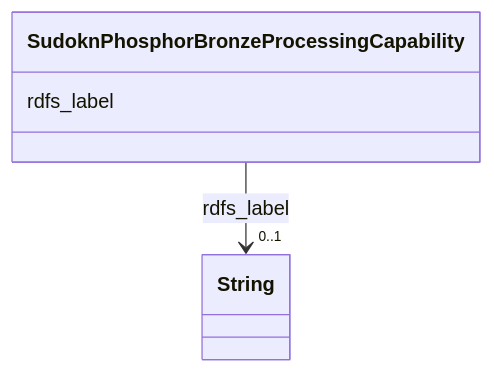
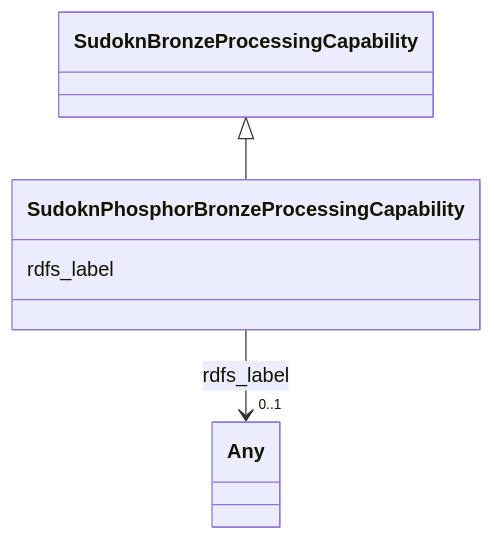
Before and after one commit to frink-okn/graph-descriptions: the diagram in sudokn-kg/classes/SudoknPhosphorBronzeProcessingCapability.md, drawn with Mermaid. The commit also changed other lines of this file and 903 other files, not shown here.

````diff
--- a/sudokn-kg/classes/SudoknPhosphorBronzeProcessingCapability.md
+++ b/sudokn-kg/classes/SudoknPhosphorBronzeProcessingCapability.md
@@ -23,15 +23,18 @@
 ```mermaid
  classDiagram
     class SudoknPhosphorBronzeProcessingCapability
     click SudoknPhosphorBronzeProcessingCapability href "../SudoknPhosphorBronzeProcessingCapability"
+      SudoknBronzeProcessingCapability <|-- SudoknPhosphorBronzeProcessingCapability
+        click SudoknBronzeProcessingCapability href "../SudoknBronzeProcessingCapability"
+      
       SudoknPhosphorBronzeProcessingCapability : rdfs_label
         
           
     
     
-    SudoknPhosphorBronzeProcessingCapability --> "0..1" String : rdfs_label
-    click String href "../String"
+    SudoknPhosphorBronzeProcessingCapability --> "0..1" Any : rdfs_label
+    click Any href "../Any"
 
         
       
 ```
````
